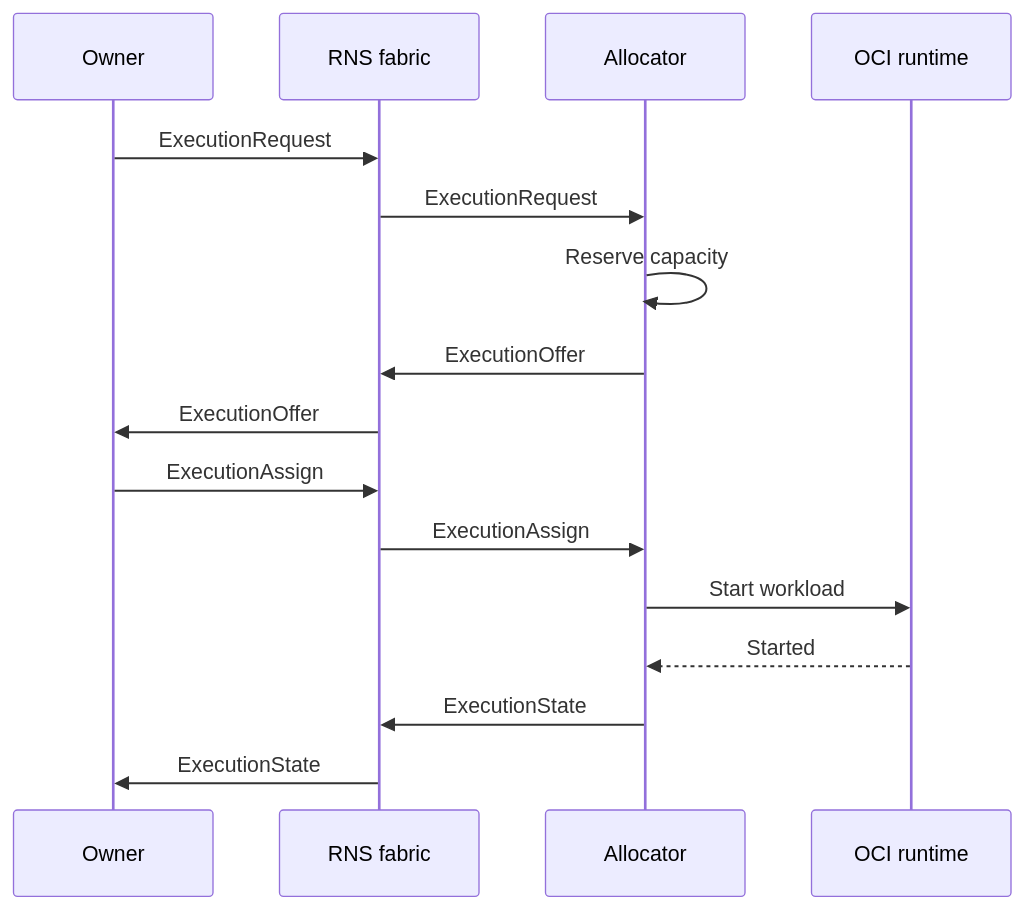
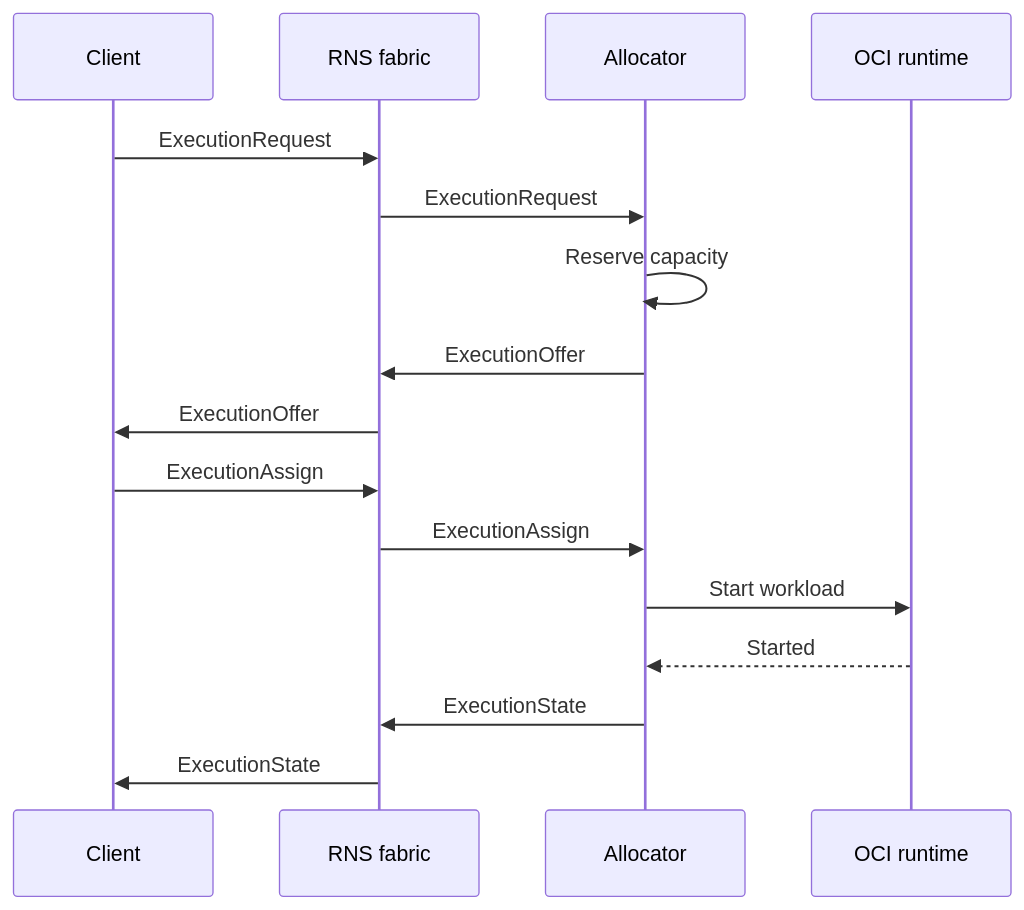
One commit to mytecor/r1s changed the diagram in README.md. Above: the diagram before and after it, drawn with Mermaid. The commit also changed other lines of this file and 37 other files, not shown here.

````diff
--- a/README.md
+++ b/README.md
@@ -32,19 +36,19 @@
 ```mermaid
 sequenceDiagram
-    participant Owner
+    participant Client
     participant RNS as RNS fabric
     participant Allocator
     participant Runtime as OCI runtime
 
-    Owner->>RNS: ExecutionRequest
+    Client->>RNS: ExecutionRequest
     RNS->>Allocator: ExecutionRequest
     Allocator->>Allocator: Reserve capacity
     Allocator->>RNS: ExecutionOffer
-    RNS->>Owner: ExecutionOffer
-    Owner->>RNS: ExecutionAssign
+    RNS->>Client: ExecutionOffer
+    Client->>RNS: ExecutionAssign
     RNS->>Allocator: ExecutionAssign
     Allocator->>Runtime: Start workload
     Runtime-->>Allocator: Started
     Allocator->>RNS: ExecutionState
-    RNS->>Owner: ExecutionState
+    RNS->>Client: ExecutionState
 ```
````
